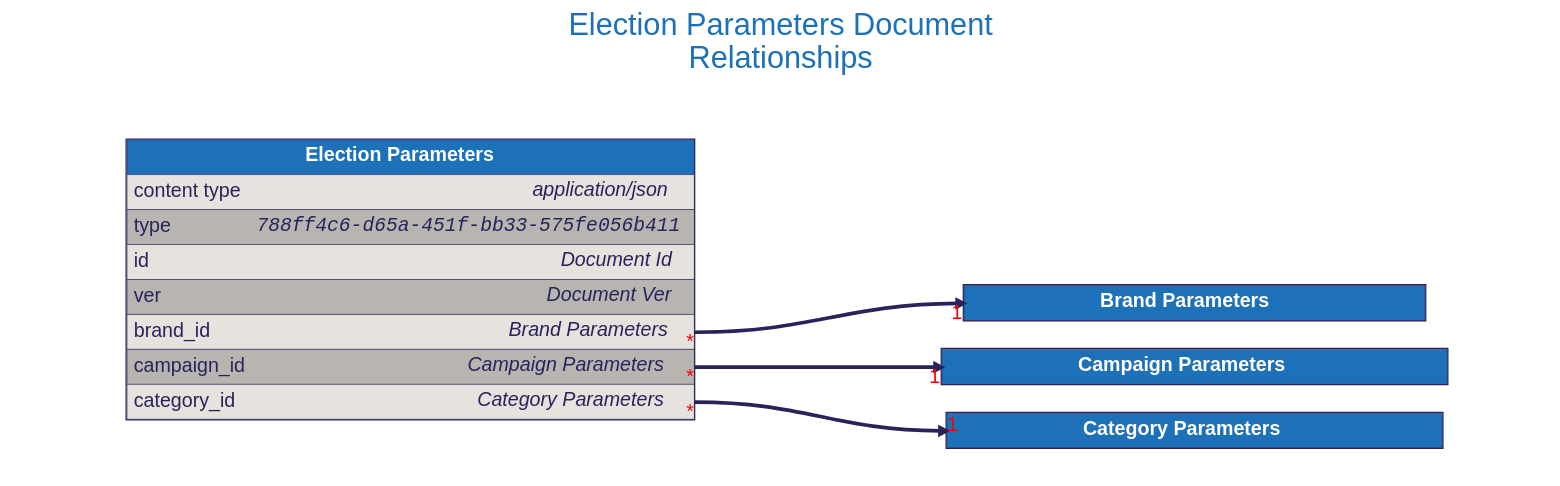
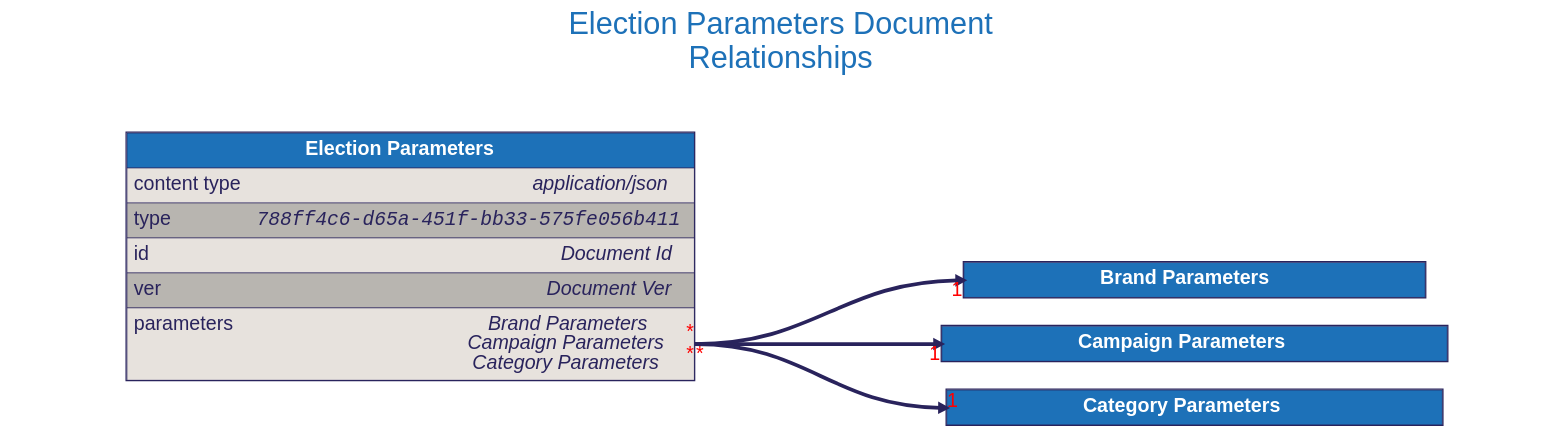
Before and after one commit to input-output-hk/catalyst-libs: the diagram in docs/src/architecture/08_concepts/signed_doc/diagrams/election_parameters.dot, drawn with Graphviz. The commit also changed 42 other files, not shown here.

```diff
--- a/docs/src/architecture/08_concepts/signed_doc/diagrams/election_parameters.dot
+++ b/docs/src/architecture/08_concepts/signed_doc/diagrams/election_parameters.dot
@@ -1,147 +1,127 @@
 digraph "Election Parameters" {
     rankdir="LR"
         graph [fontname="helvetica", fontsize="32", fontcolor="#29235c", bgcolor="white"];
         node [penwidth="0", margin="0", fontname="helvetica", fontsize="32", fontcolor="#29235c"];
         edge [fontname="helvetica", fontsize="32", fontcolor="red", color="#29235c"];
 
     labelloc="t"
     label="Election Parameters Document
 Relationships"
     fontcolor="#1d71b8"
     fontsize=50
 
 
     "Brand Parameters" [
         id="Brand Parameters";
         label=<
             <TABLE BORDER="2" COLOR="#29235c" CELLBORDER="1" CELLSPACING="0" CELLPADDING="10">
             <TR>
                 <TD PORT="title" BGCOLOR="#1d71b8" HREF="../brand_parameters/">
                     <FONT COLOR="#ffffff"><B> Brand Parameters </B></FONT>
                 </TD>
             </TR>
 
             </TABLE>
         >
     ];
 
 
     "Campaign Parameters" [
         id="Campaign Parameters";
         label=<
             <TABLE BORDER="2" COLOR="#29235c" CELLBORDER="1" CELLSPACING="0" CELLPADDING="10">
             <TR>
                 <TD PORT="title" BGCOLOR="#1d71b8" HREF="../campaign_parameters/">
                     <FONT COLOR="#ffffff"><B> Campaign Parameters </B></FONT>
                 </TD>
             </TR>
 
             </TABLE>
         >
     ];
 
 
     "Category Parameters" [
         id="Category Parameters";
         label=<
             <TABLE BORDER="2" COLOR="#29235c" CELLBORDER="1" CELLSPACING="0" CELLPADDING="10">
             <TR>
                 <TD PORT="title" BGCOLOR="#1d71b8" HREF="../category_parameters/">
                     <FONT COLOR="#ffffff"><B> Category Parameters </B></FONT>
                 </TD>
             </TR>
 
             </TABLE>
         >
     ];
 
 
     "Election Parameters" [
         id="Election Parameters";
         label=<
             <TABLE BORDER="2" COLOR="#29235c" CELLBORDER="1" CELLSPACING="0" CELLPADDING="10">
             <TR>
                 <TD PORT="title" BGCOLOR="#1d71b8" HREF="../election_parameters/">
                     <FONT COLOR="#ffffff"><B> Election Parameters </B></FONT>
                 </TD>
             </TR>
             <TR>
                 <TD ALIGN="LEFT" PORT="content type" BGCOLOR="#e7e2dd">
                     <TABLE CELLPADDING="0" CELLSPACING="0" BORDER="0">
                         <TR>
                             <TD ALIGN="LEFT" VALIGN="TOP" WIDTH="200"><FONT>content type</FONT></TD>
                             <TD ALIGN="RIGHT"><FONT><I>application/json</I></FONT></TD>
                         </TR>
                     </TABLE>
                 </TD>
             </TR>
             <TR>
                 <TD ALIGN="LEFT" PORT="type" BGCOLOR="#b8b5b0">
                     <TABLE CELLPADDING="0" CELLSPACING="0" BORDER="0">
                         <TR>
                             <TD ALIGN="LEFT" VALIGN="TOP" WIDTH="200"><FONT>type</FONT></TD>
                             <TD ALIGN="RIGHT"><FONT FACE="Courier"><I>788ff4c6-d65a-451f-bb33-575fe056b411</I></FONT></TD>
                         </TR>
                     </TABLE>
                 </TD>
             </TR>
             <TR>
                 <TD ALIGN="LEFT" PORT="id" BGCOLOR="#e7e2dd">
                     <TABLE CELLPADDING="0" CELLSPACING="0" BORDER="0">
                         <TR>
                             <TD ALIGN="LEFT" VALIGN="TOP" WIDTH="200"><FONT>id</FONT></TD>
                             <TD ALIGN="RIGHT"><FONT><I>Document Id</I></FONT></TD>
                         </TR>
                     </TABLE>
                 </TD>
             </TR>
             <TR>
                 <TD ALIGN="LEFT" PORT="ver" BGCOLOR="#b8b5b0">
                     <TABLE CELLPADDING="0" CELLSPACING="0" BORDER="0">
                         <TR>
                             <TD ALIGN="LEFT" VALIGN="TOP" WIDTH="200"><FONT>ver</FONT></TD>
                             <TD ALIGN="RIGHT"><FONT><I>Document Ver</I></FONT></TD>
                         </TR>
                     </TABLE>
                 </TD>
             </TR>
             <TR>
-                <TD ALIGN="LEFT" PORT="brand_id" BGCOLOR="#e7e2dd">
+                <TD ALIGN="LEFT" PORT="parameters" BGCOLOR="#e7e2dd">
                     <TABLE CELLPADDING="0" CELLSPACING="0" BORDER="0">
                         <TR>
-                            <TD ALIGN="LEFT" VALIGN="TOP" WIDTH="200"><FONT>brand_id</FONT></TD>
-                            <TD ALIGN="RIGHT"><FONT><I>Brand Parameters</I></FONT></TD>
-                        </TR>
-                    </TABLE>
-                </TD>
-            </TR>
-            <TR>
-                <TD ALIGN="LEFT" PORT="campaign_id" BGCOLOR="#b8b5b0">
-                    <TABLE CELLPADDING="0" CELLSPACING="0" BORDER="0">
-                        <TR>
-                            <TD ALIGN="LEFT" VALIGN="TOP" WIDTH="200"><FONT>campaign_id</FONT></TD>
-                            <TD ALIGN="RIGHT"><FONT><I>Campaign Parameters</I></FONT></TD>
-                        </TR>
-                    </TABLE>
-                </TD>
-            </TR>
-            <TR>
-                <TD ALIGN="LEFT" PORT="category_id" BGCOLOR="#e7e2dd">
-                    <TABLE CELLPADDING="0" CELLSPACING="0" BORDER="0">
-                        <TR>
-                            <TD ALIGN="LEFT" VALIGN="TOP" WIDTH="200"><FONT>category_id</FONT></TD>
-                            <TD ALIGN="RIGHT"><FONT><I>Category Parameters</I></FONT></TD>
+                            <TD ALIGN="LEFT" VALIGN="TOP" WIDTH="200"><FONT>parameters</FONT></TD>
+                            <TD ALIGN="RIGHT"><FONT><I>Brand Parameters<BR />Campaign Parameters<BR />Category Parameters</I></FONT></TD>
                         </TR>
                     </TABLE>
                 </TD>
             </TR>
 
             </TABLE>
         >
     ];
 
 
-    "Election Parameters":"brand_id":e -> "Brand Parameters":"title":w [dir=forward, penwidth=6, color="#29235c", headlabel="1", taillabel="*"]
-    "Election Parameters":"campaign_id":e -> "Campaign Parameters":"title":w [dir=forward, penwidth=6, color="#29235c", headlabel="1", taillabel="*"]
-    "Election Parameters":"category_id":e -> "Category Parameters":"title":w [dir=forward, penwidth=6, color="#29235c", headlabel="1", taillabel="*"]
+    "Election Parameters":"parameters":e -> "Brand Parameters":"title":w [dir=forward, penwidth=6, color="#29235c", headlabel="1", taillabel="*"]
+    "Election Parameters":"parameters":e -> "Campaign Parameters":"title":w [dir=forward, penwidth=6, color="#29235c", headlabel="1", taillabel="*"]
+    "Election Parameters":"parameters":e -> "Category Parameters":"title":w [dir=forward, penwidth=6, color="#29235c", headlabel="1", taillabel="*"]
 }
```
